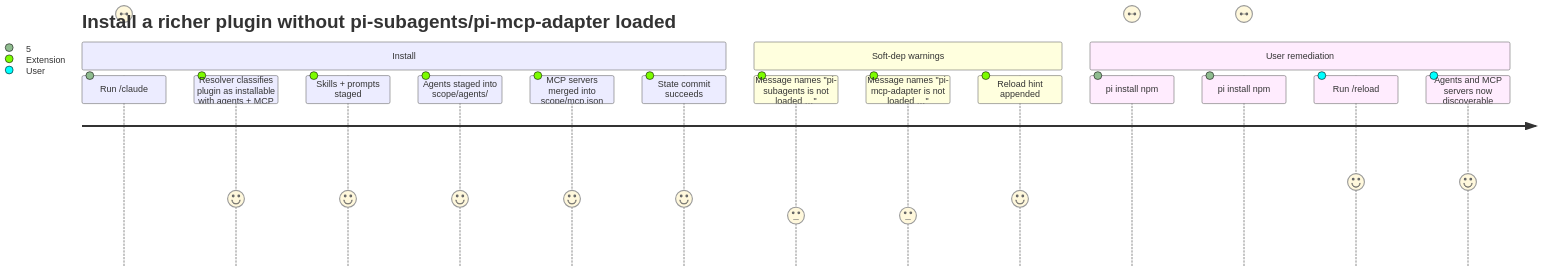
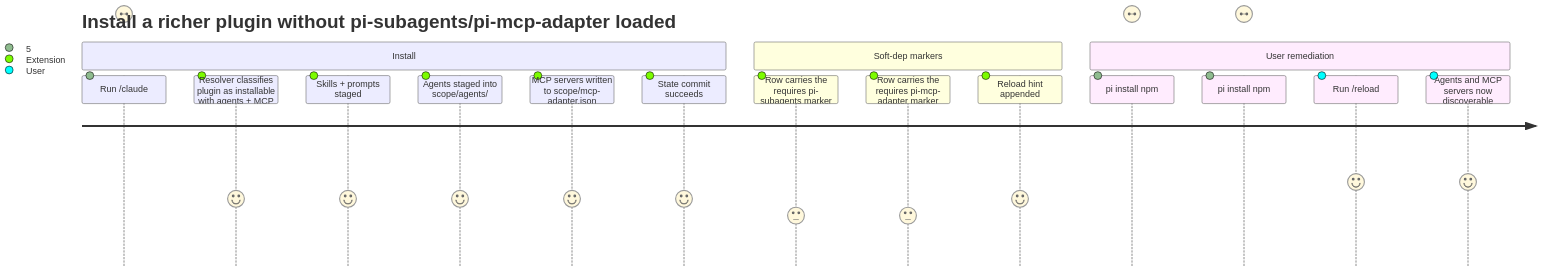
One commit to acolomba/pi-claude-marketplace changed the eighth of 18 diagrams in docs/prd/pi-claude-marketplace-prd.md. Above: the diagram before and after it, drawn with Mermaid. The commit also changed other lines of this file and 555 other files, not shown here.

First line of the commit message:
feat(mcp)!: move plugin MCP servers to pi-mcp-adapter 5 on Pi 1.0 (#250)

````diff
--- a/docs/prd/pi-claude-marketplace-prd.md
+++ b/docs/prd/pi-claude-marketplace-prd.md
@@ -723,20 +727,20 @@
 ```mermaid
 journey
   title Install a richer plugin without pi-subagents/pi-mcp-adapter loaded
   section Install
     Run /claude:plugin install rich@official: 5: User
     Resolver classifies plugin as installable with agents + MCP: 4: Extension
     Skills + prompts staged: 4: Extension
     Agents staged into scope/agents/: 4: Extension
-    MCP servers merged into scope/mcp.json: 4: Extension
+    MCP servers written to scope/mcp-adapter.json: 4: Extension
     State commit succeeds: 4: Extension
-  section Soft-dep warnings
-    Message names "pi-subagents is not loaded …": 3: Extension
-    Message names "pi-mcp-adapter is not loaded …": 3: Extension
+  section Soft-dep markers
+    Row carries the requires pi-subagents marker: 3: Extension
+    Row carries the requires pi-mcp-adapter marker: 3: Extension
     Reload hint appended: 4: Extension
   section User remediation
     pi install npm:pi-subagents: 5: User
     pi install npm:pi-mcp-adapter: 5: User
     Run /reload: 5: User
     Agents and MCP servers now discoverable: 5: User
 ```
````
